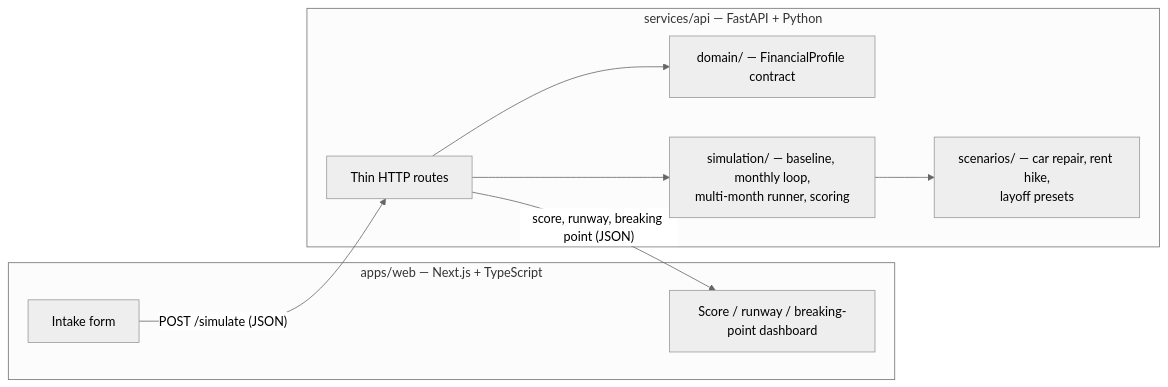
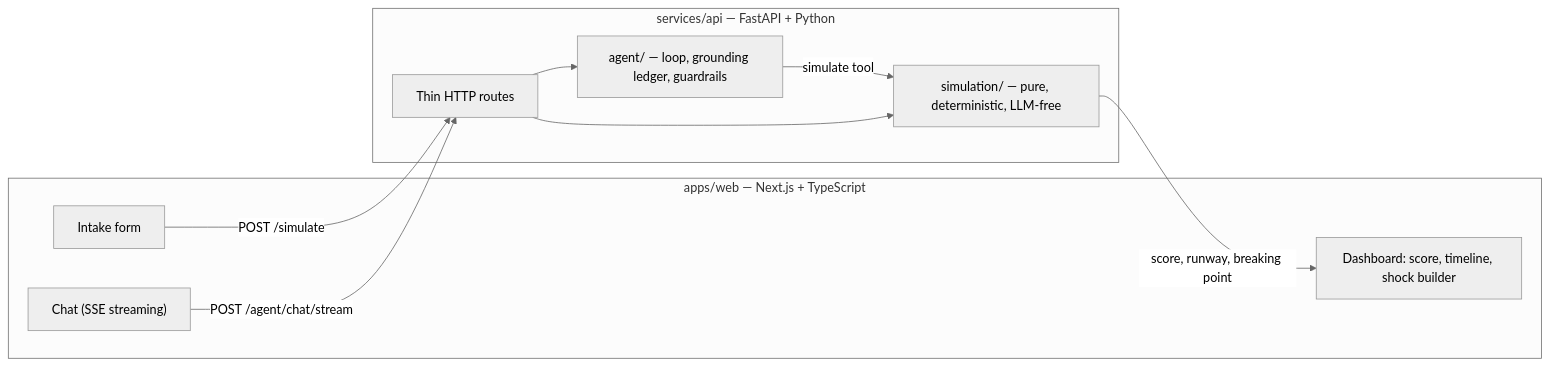
Before and after one commit to gangisettyrushil10/Breakpoint: the first of 3 diagrams in README.md, drawn with Mermaid (neutral theme). The commit also changed other lines of this file and 75 other files, not shown here.

````diff
--- a/README.md
+++ b/README.md
@@ -39,20 +177,21 @@
 ```mermaid
 flowchart LR
     subgraph Frontend["apps/web — Next.js + TypeScript"]
         Form["Intake form"]
-        Dashboard["Score / runway / breaking-point dashboard"]
+        Dash["Dashboard: score, timeline, shock builder"]
+        Chat["Chat (SSE streaming)"]
     end
 
     subgraph Backend["services/api — FastAPI + Python"]
         Routes["Thin HTTP routes"]
-        Domain["domain/ — FinancialProfile contract"]
-        Sim["simulation/ — baseline, monthly loop,\nmulti-month runner, scoring"]
-        Scenarios["scenarios/ — car repair, rent hike,\nlayoff presets"]
+        Agent["agent/ — loop, grounding ledger, guardrails"]
+        Sim["simulation/ — pure, deterministic, LLM-free"]
     end
 
-    Form -- "POST /simulate (JSON)" --> Routes
-    Routes --> Domain
+    Form -- "POST /simulate" --> Routes
+    Chat -- "POST /agent/chat/stream" --> Routes
+    Routes --> Agent
+    Agent -- "simulate tool" --> Sim
     Routes --> Sim
-    Sim --> Scenarios
-    Routes -- "score, runway, breaking point (JSON)" --> Dashboard
+    Sim -- "score, runway, breaking point" --> Dash
 ```
````
